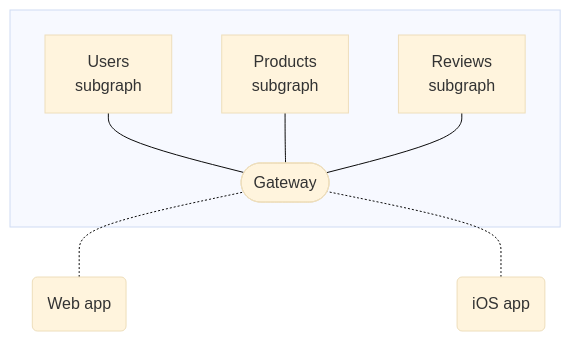
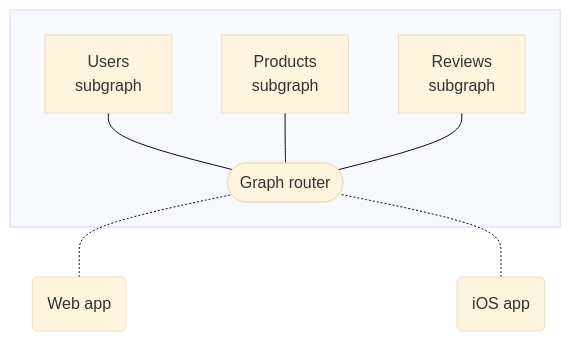
Before and after one commit to apollographql/federation: the diagram in docs/shared/diagrams/federation-architecture.mdx, drawn with Mermaid (base theme). The commit also changed 9 other files, not shown here.

Commit message:
Revamp quickstart and gateway articles to prioritize router

````diff
--- a/docs/shared/diagrams/federation-architecture.mdx
+++ b/docs/shared/diagrams/federation-architecture.mdx
@@ -1,14 +1,14 @@
 ```mermaid
 graph BT;
   webapp(Web app);
   iosapp(iOS app);
   subgraph " ";
-  gateway([Gateway]);
+  router([Graph router]);
   serviceA[Users<br/>subgraph];
   serviceB[Products<br/>subgraph];
   serviceC[Reviews<br/>subgraph];
   end;
-  webapp & iosapp -.- gateway;
-  gateway --- serviceA & serviceB & serviceC;
+  webapp & iosapp -.- router;
+  router --- serviceA & serviceB & serviceC;
   class webapp,iosapp secondary;
 ```
````
